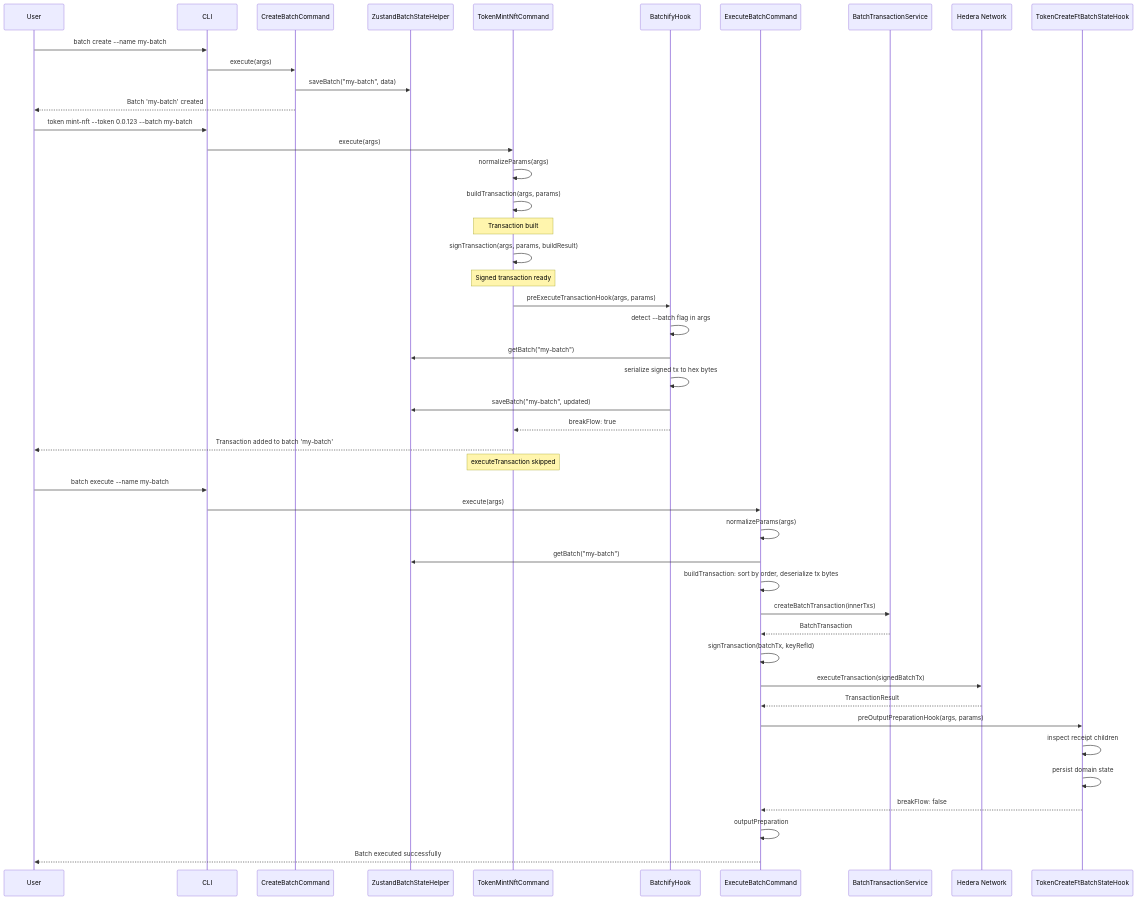
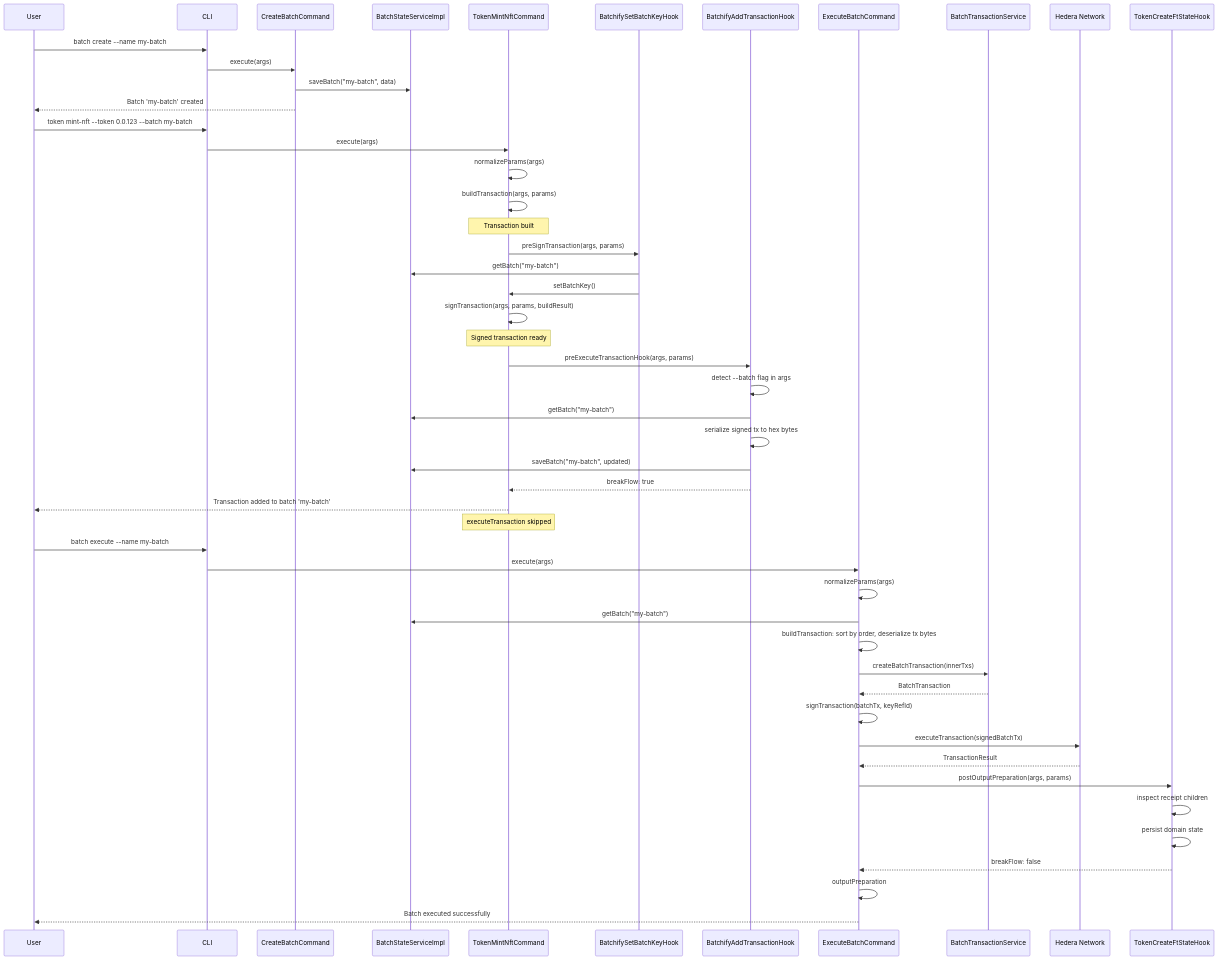
Before and after one commit to hiero-ledger/hiero-cli: the first of 2 diagrams in docs/adr/ADR-010-batch-transaction-plugin.md, drawn with Mermaid. The commit also changed other lines of this file, not shown here.

````diff
--- a/docs/adr/ADR-010-batch-transaction-plugin.md
+++ b/docs/adr/ADR-010-batch-transaction-plugin.md
@@ -477,55 +500,59 @@
 ```mermaid
 sequenceDiagram
     participant User
     participant CLI
     participant CreateBatchCmd as CreateBatchCommand
-    participant BatchState as ZustandBatchStateHelper
+    participant BatchState as BatchStateServiceImpl
     participant TokenCmd as TokenMintNftCommand
-    participant AddHook as BatchifyHook
+    participant SetKeyHook as BatchifySetBatchKeyHook
+    participant AddHook as BatchifyAddTransactionHook
     participant ExecuteCmd as ExecuteBatchCommand
     participant BatchSvc as BatchTransactionService
     participant Network as Hedera Network
-    participant DomainHook as TokenCreateFtBatchStateHook
+    participant DomainHook as TokenCreateFtStateHook
 
     User->>CLI: batch create --name my-batch
     CLI->>CreateBatchCmd: execute(args)
     CreateBatchCmd->>BatchState: saveBatch("my-batch", data)
     CreateBatchCmd-->>User: Batch 'my-batch' created
 
     User->>CLI: token mint-nft --token 0.0.123 --batch my-batch
     CLI->>TokenCmd: execute(args)
     TokenCmd->>TokenCmd: normalizeParams(args)
     TokenCmd->>TokenCmd: buildTransaction(args, params)
     Note over TokenCmd: Transaction built
+    TokenCmd->>SetKeyHook: preSignTransaction(args, params)
+    SetKeyHook->>BatchState: getBatch("my-batch")
+    SetKeyHook->>TokenCmd: setBatchKey()
     TokenCmd->>TokenCmd: signTransaction(args, params, buildResult)
     Note over TokenCmd: Signed transaction ready
 
     TokenCmd->>AddHook: preExecuteTransactionHook(args, params)
     AddHook->>AddHook: detect --batch flag in args
     AddHook->>BatchState: getBatch("my-batch")
     AddHook->>AddHook: serialize signed tx to hex bytes
     AddHook->>BatchState: saveBatch("my-batch", updated)
     AddHook-->>TokenCmd: breakFlow: true
     TokenCmd-->>User: Transaction added to batch 'my-batch'
     Note over TokenCmd: executeTransaction skipped
 
     User->>CLI: batch execute --name my-batch
     CLI->>ExecuteCmd: execute(args)
     ExecuteCmd->>ExecuteCmd: normalizeParams(args)
     ExecuteCmd->>BatchState: getBatch("my-batch")
     ExecuteCmd->>ExecuteCmd: buildTransaction: sort by order, deserialize tx bytes
     ExecuteCmd->>BatchSvc: createBatchTransaction(innerTxs)
     BatchSvc-->>ExecuteCmd: BatchTransaction
     ExecuteCmd->>ExecuteCmd: signTransaction(batchTx, keyRefId)
 
     ExecuteCmd->>Network: executeTransaction(signedBatchTx)
     Network-->>ExecuteCmd: TransactionResult
 
-    ExecuteCmd->>DomainHook: preOutputPreparationHook(args, params)
+    ExecuteCmd->>DomainHook: postOutputPreparation(args, params)
     DomainHook->>DomainHook: inspect receipt children
     DomainHook->>DomainHook: persist domain state
     DomainHook-->>ExecuteCmd: breakFlow: false
 
     ExecuteCmd->>ExecuteCmd: outputPreparation
     ExecuteCmd-->>User: Batch executed successfully
 ```
````
